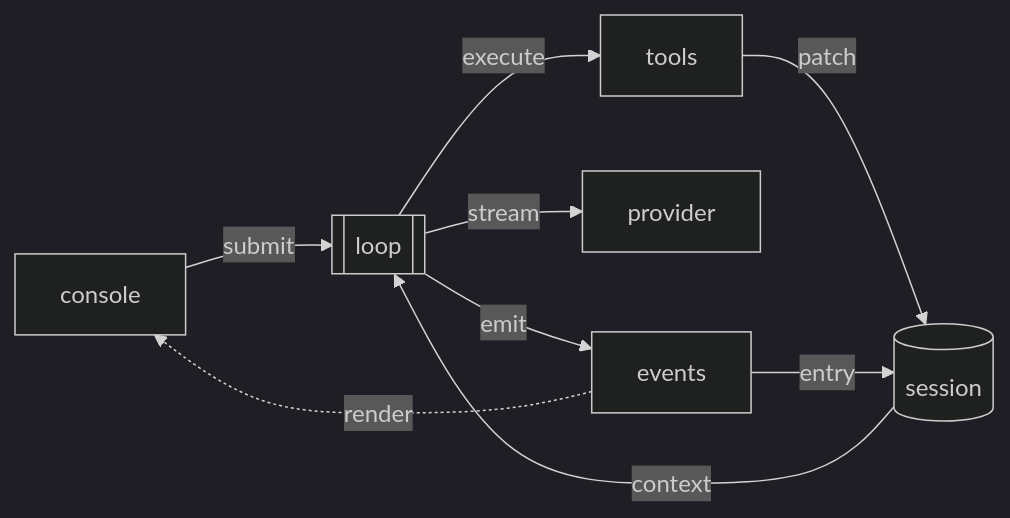
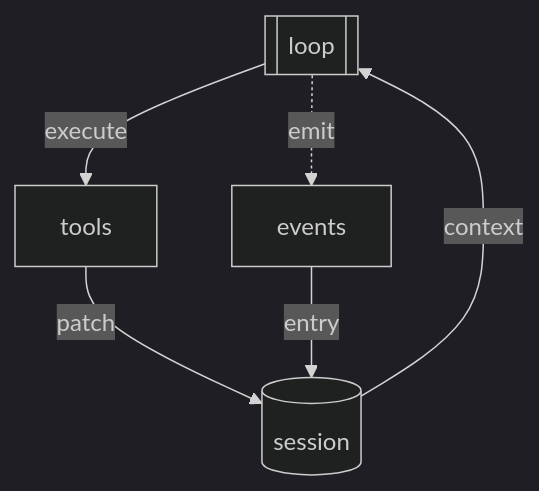
The third of 3 diagrams in docs/architecture.md (OverbearingPearl/pearl), drawn with Mermaid (dark theme) before and after one commit. The commit also changed other lines of this file and 2 other files, not shown here.

````diff
--- a/docs/architecture.md
+++ b/docs/architecture.md
@@ -77,11 +95,8 @@
 ```mermaid
-flowchart LR
-  ui["console"] -->|submit| loop[["loop"]]
-  loop -->|emit| ev["events"]
-  ev -.->|render| ui
-  loop -->|stream| prov["provider"]
-  loop -->|execute| tools["tools"]
-  tools -->|patch| sess[("session")]
-  ev -->|entry| sess
-  sess -->|context| loop
+flowchart TB
+  loop[["loop"]] -->|execute| tools["tools"]
+  tools -->|patch| session[("session")]
+  loop -.->|emit| events["events"]
+  events -->|entry| session
+  session -->|context| loop
 ```
````
